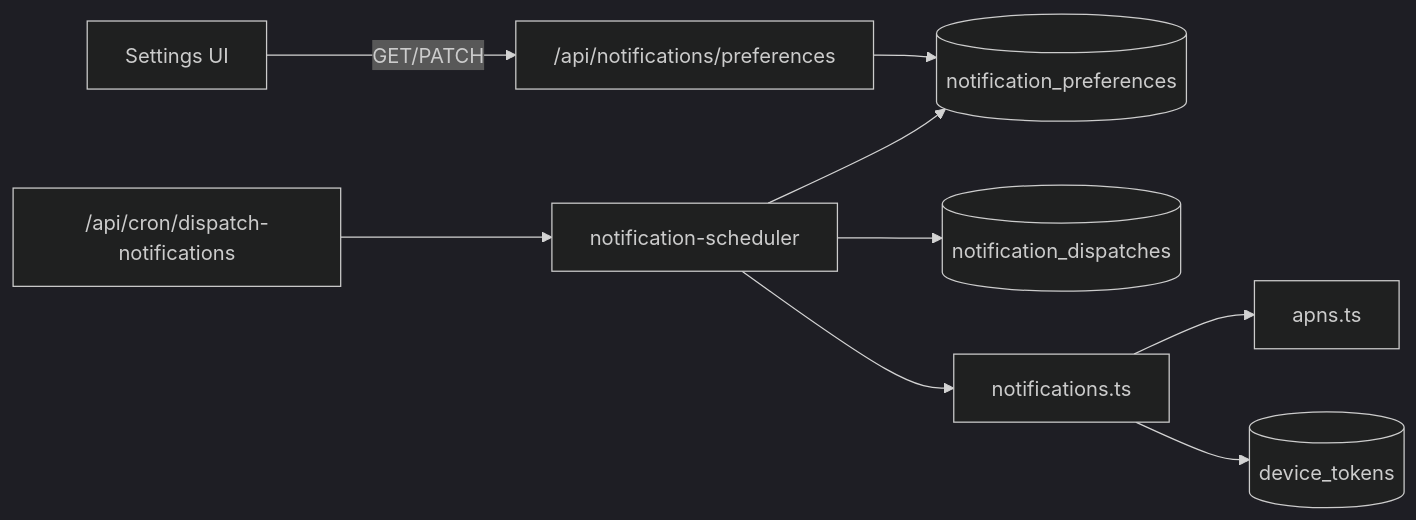
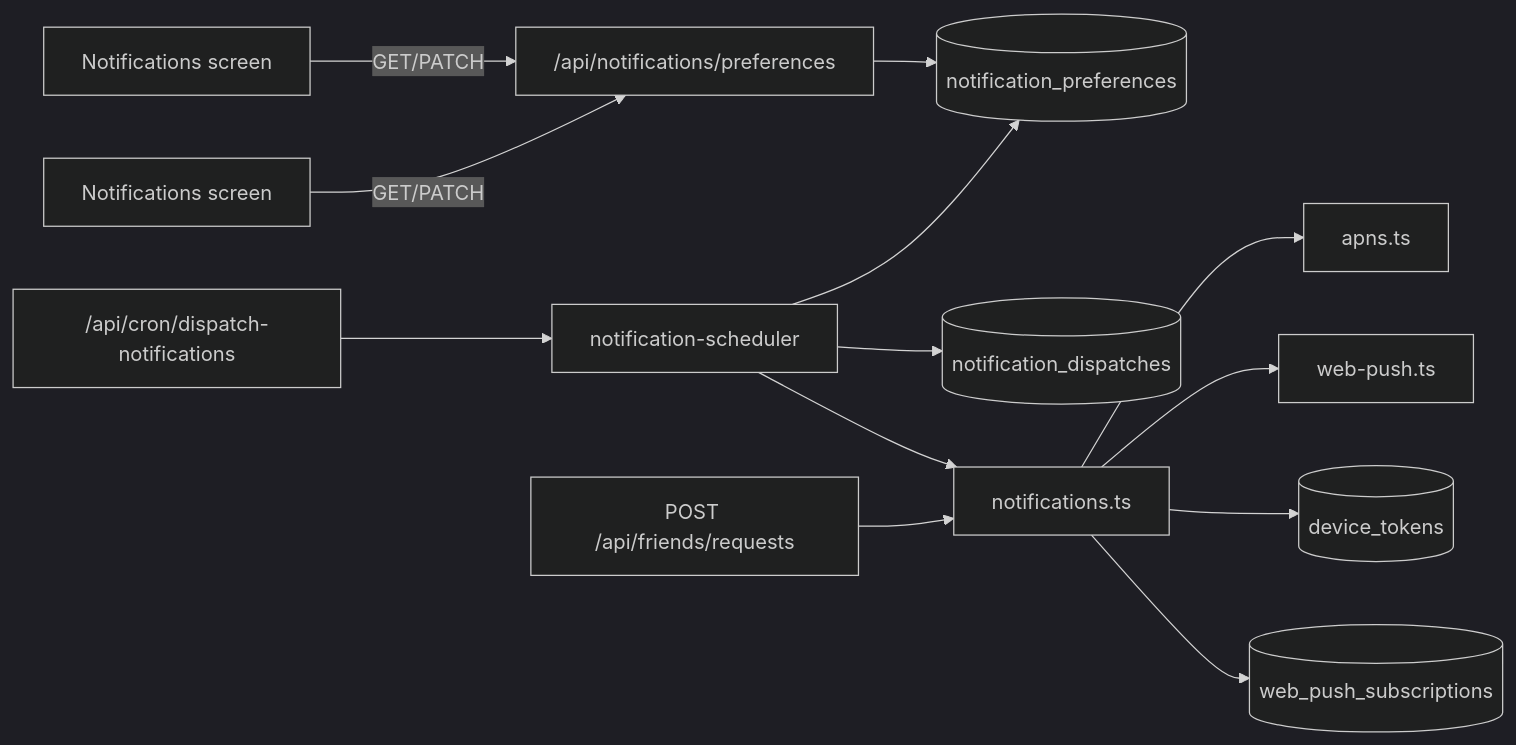
The diagram in docs/notifications.md (auerbachb/still-point), drawn with Mermaid (dark theme) before and after one commit. The commit also changed other lines of this file and 36 other files, not shown here.

First line of the commit message:
feat(notifications): unified Notifications screen for iOS and web (#360)

````diff
--- a/docs/notifications.md
+++ b/docs/notifications.md
@@ -7,11 +7,15 @@
 ```mermaid
 flowchart LR
-  iOS[Settings UI] -->|GET/PATCH| PrefsAPI["/api/notifications/preferences"]
+  iOS[Notifications screen] -->|GET/PATCH| PrefsAPI["/api/notifications/preferences"]
+  Web[Notifications screen] -->|GET/PATCH| PrefsAPI
   PrefsAPI --> NP[(notification_preferences)]
   Cron["/api/cron/dispatch-notifications"] --> Scheduler[notification-scheduler]
   Scheduler --> NP
   Scheduler --> Ledger[(notification_dispatches)]
   Scheduler --> Send[notifications.ts]
   Send --> APNs[apns.ts]
+  Send --> WebPush[web-push.ts]
   Send --> DT[(device_tokens)]
+  Send --> WPS[(web_push_subscriptions)]
+  Friends[POST /api/friends/requests] --> Send
 ```
````
